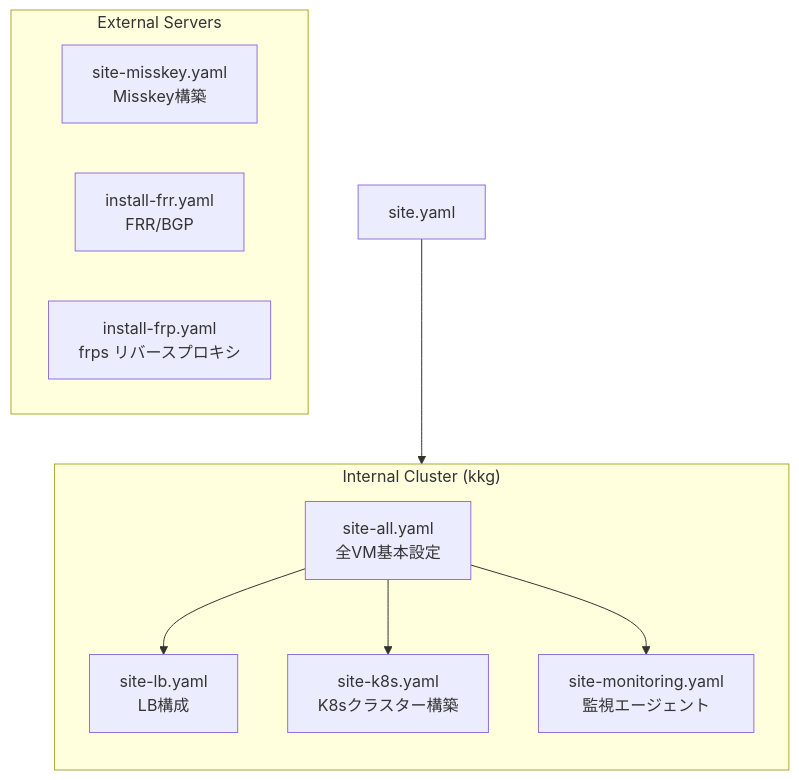
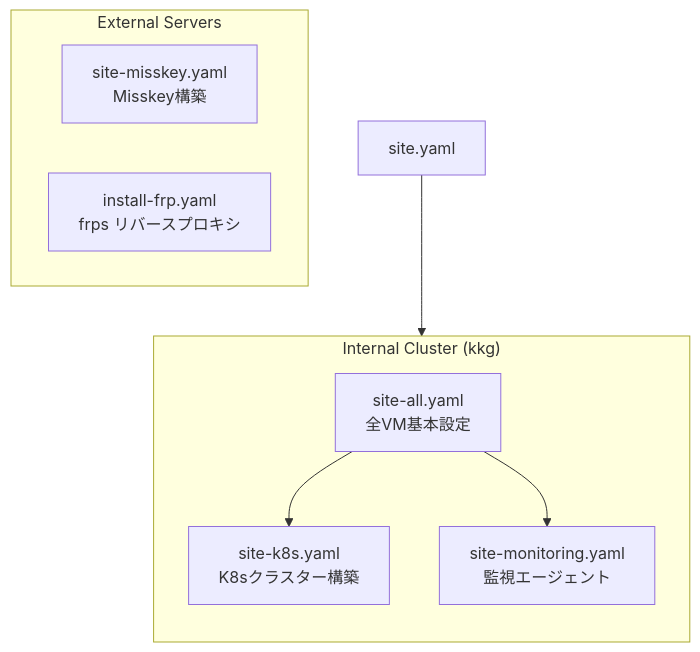
One commit to Soli0222/pke changed the first of 2 diagrams in ansible/README.md. Above: the diagram before and after it, drawn with Mermaid. The commit also changed other lines of this file and 30 other files, not shown here.

````diff
--- a/ansible/README.md
+++ b/ansible/README.md
@@ -7,17 +7,16 @@
 ```mermaid
 flowchart TB
     subgraph "Internal Cluster (kkg)"
         direction TB
-        ALL[site-all.yaml<br/>全VM基本設定] --> LB[site-lb.yaml<br/>LB構成]
+        ALL[site-all.yaml<br/>全VM基本設定]
         ALL --> K8S[site-k8s.yaml<br/>K8sクラスター構築]
         ALL --> MON[site-monitoring.yaml<br/>監視エージェント]
     end
 
     subgraph "External Servers"
         MISSKEY[site-misskey.yaml<br/>Misskey構築]
-        FRR[install-frr.yaml<br/>FRR/BGP]
         FRP[install-frp.yaml<br/>frps リバースプロキシ]
     end
 
     SITE[site.yaml] --> ALL
 ```
````
